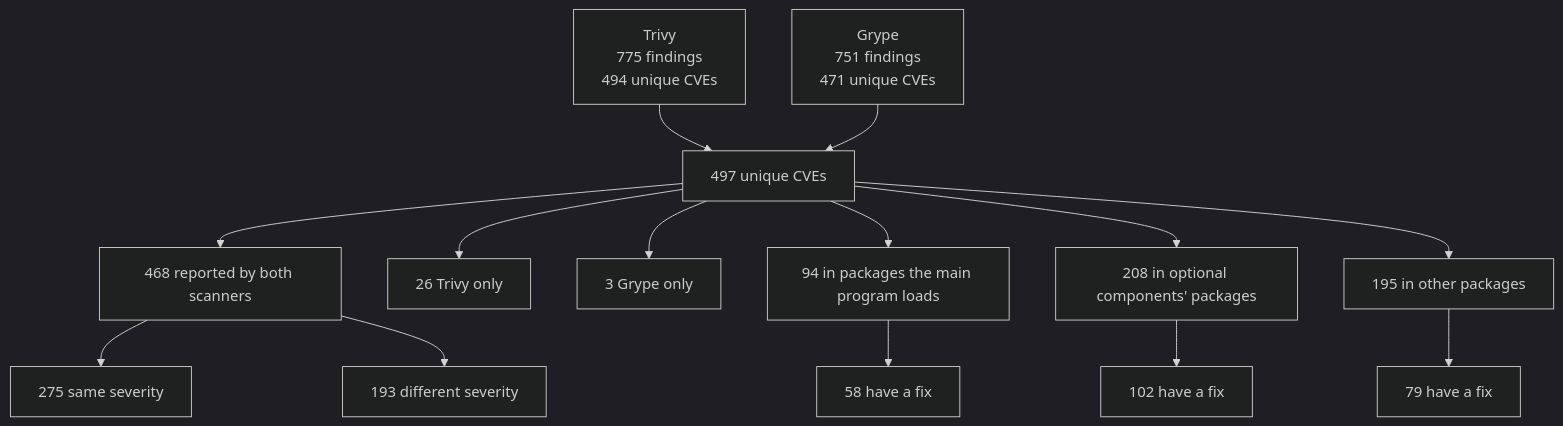
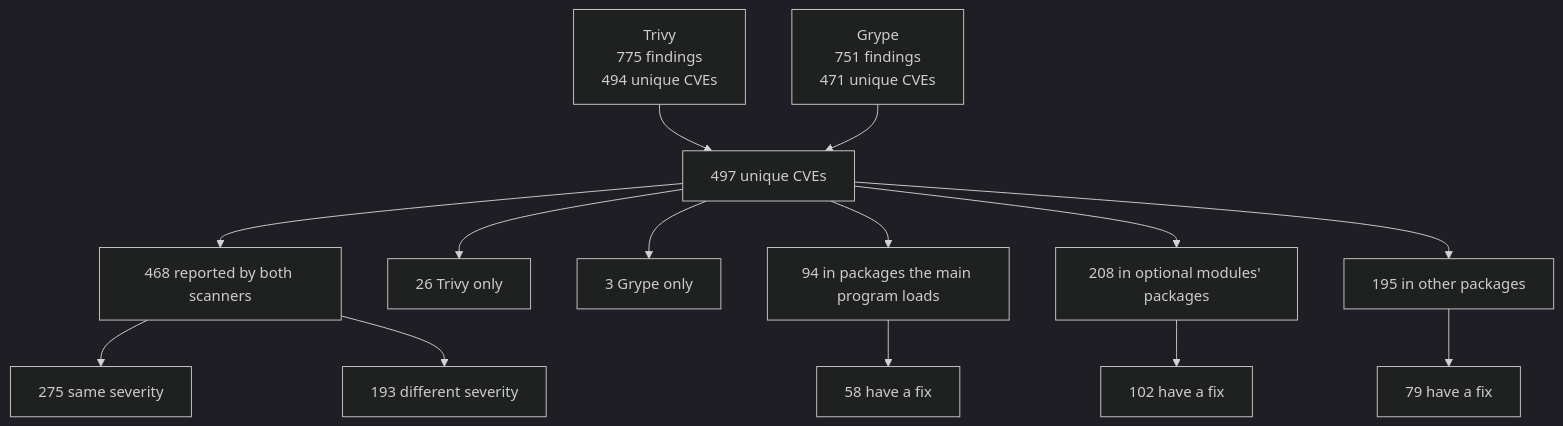
The first of 6 diagrams in scans/baseline/stats.md (netanelzucaim/echo-mission), drawn with Mermaid (dark theme) before and after one commit. The commit also changed other lines of this file and 23 other files, not shown here.

First line of the commit message:
Tidy scans/baseline into reports/ and image/; say modules, not components

````diff
--- a/scans/baseline/stats.md
+++ b/scans/baseline/stats.md
@@ -9,17 +9,17 @@
 ```mermaid
 flowchart TD
     T["Trivy<br/>775 findings<br/>494 unique CVEs"] --> U
     G["Grype<br/>751 findings<br/>471 unique CVEs"] --> U
     U["497 unique CVEs"]
     U --> B["468 reported by both scanners"]
     U --> TO["26 Trivy only"]
     U --> GO["3 Grype only"]
     B --> BS["275 same severity"]
     B --> BD["193 different severity"]
     U --> L["94 in packages the main program loads"]
     L --> LF["58 have a fix"]
-    U --> M["208 in optional components' packages"]
+    U --> M["208 in optional modules' packages"]
     M --> MF["102 have a fix"]
     U --> O["195 in other packages"]
     O --> OF["79 have a fix"]
 ```
````
